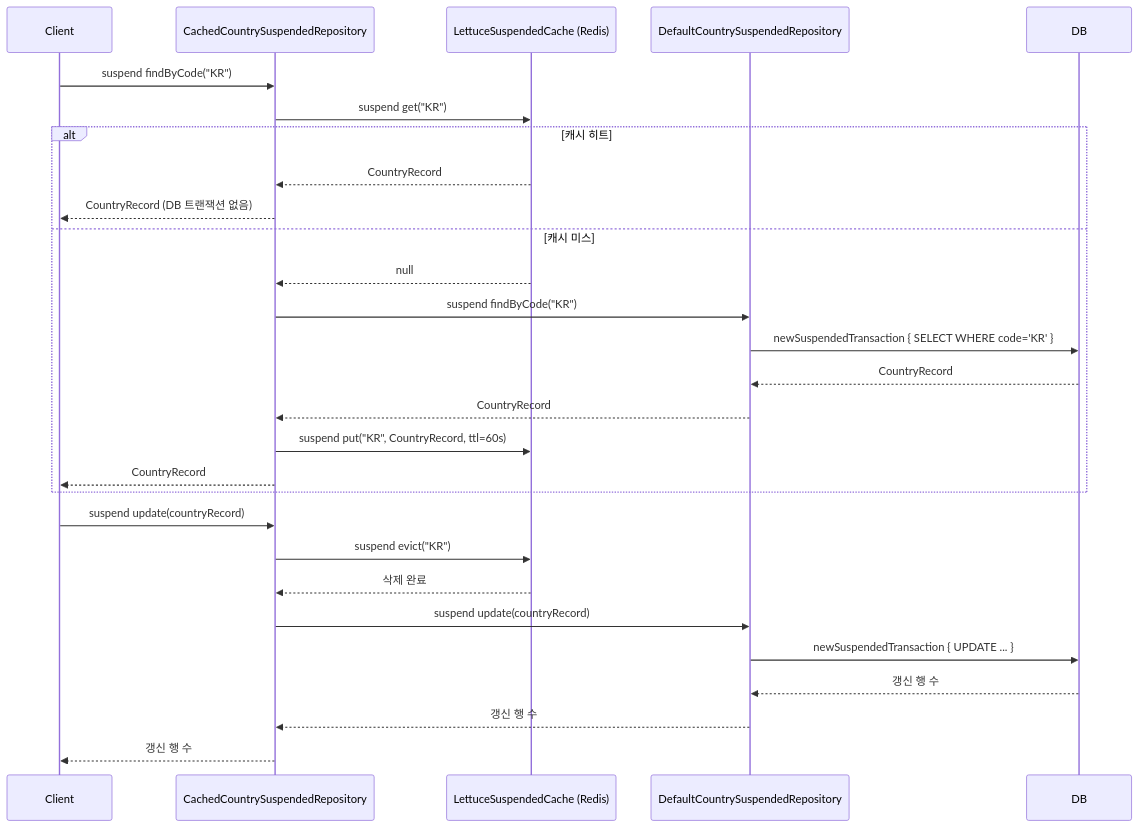
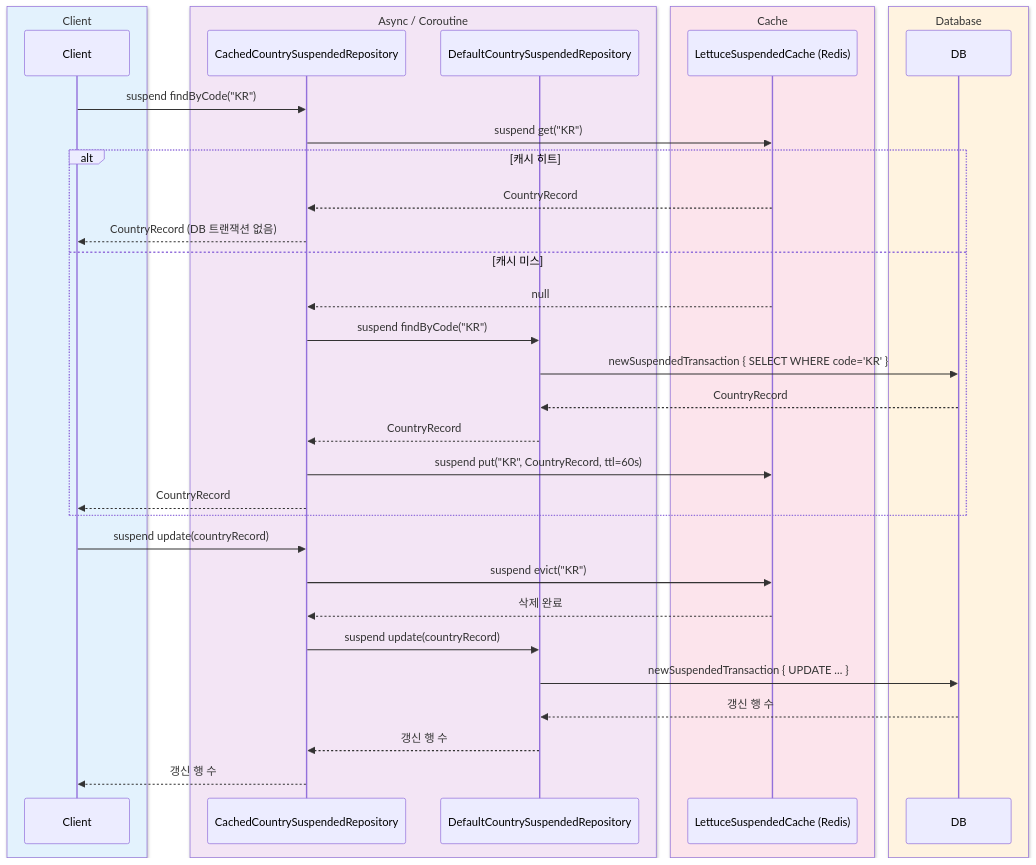
One commit to bluetape4k/exposed-workshop changed the fourth of 4 diagrams in 09-spring/07-spring-suspended-cache/README.ko.md. Above: the diagram before and after it, drawn with Mermaid. The commit also changed 43 other files, not shown here.

First line of the commit message:
docs: sequence diagram에 box rgb() 파스텔 영역 적용

````diff
--- a/09-spring/07-spring-suspended-cache/README.ko.md
+++ b/09-spring/07-spring-suspended-cache/README.ko.md
@@ -241,33 +241,41 @@
 ```mermaid
-%%{init: {"theme": "neutral", "themeVariables": {"fontFamily": "'Comic Mono', 'goorm sans code', 'JetBrains Mono', 'goorm sans'", "actorBkg": "#E3F2FD", "actorBorder": "#90CAF9", "actorTextColor": "#1565C0", "actorLineColor": "#90CAF9", "activationBkgColor": "#E8F5E9", "activationBorderColor": "#A5D6A7", "labelBoxBkgColor": "#FFF3E0", "labelBoxBorderColor": "#FFCC80", "labelTextColor": "#E65100", "loopTextColor": "#6A1B9A", "noteBkgColor": "#F3E5F5", "noteBorderColor": "#CE93D8", "noteTextColor": "#6A1B9A", "signalColor": "#1565C0", "signalTextColor": "#1565C0"}}}%%
+%%{init: {"theme": "neutral", "themeVariables": {"fontFamily": "'Comic Mono', 'goorm sans code', 'JetBrains Mono', 'goorm sans'"}}}%%
 sequenceDiagram
-    participant Client
-    participant Cached as CachedCountrySuspendedRepository
-    participant Cache as LettuceSuspendedCache (Redis)
-    participant Default as DefaultCountrySuspendedRepository
-    participant DB
+    box rgb(227, 242, 253) Client
+        participant Client
+    end
+    box rgb(243, 229, 245) Async / Coroutine
+        participant Cached as CachedCountrySuspendedRepository
+        participant Default as DefaultCountrySuspendedRepository
+    end
+    box rgb(252, 228, 236) Cache
+        participant Cache as LettuceSuspendedCache (Redis)
+    end
+    box rgb(255, 243, 224) Database
+        participant DB
+    end
 
     Client->>Cached: suspend findByCode("KR")
     Cached->>Cache: suspend get("KR")
     alt 캐시 히트
         Cache-->>Cached: CountryRecord
         Cached-->>Client: CountryRecord (DB 트랜잭션 없음)
     else 캐시 미스
         Cache-->>Cached: null
         Cached->>Default: suspend findByCode("KR")
         Default->>DB: newSuspendedTransaction { SELECT WHERE code='KR' }
         DB-->>Default: CountryRecord
         Default-->>Cached: CountryRecord
         Cached->>Cache: suspend put("KR", CountryRecord, ttl=60s)
         Cached-->>Client: CountryRecord
     end
 
     Client->>Cached: suspend update(countryRecord)
     Cached->>Cache: suspend evict("KR")
     Cache-->>Cached: 삭제 완료
     Cached->>Default: suspend update(countryRecord)
     Default->>DB: newSuspendedTransaction { UPDATE ... }
     DB-->>Default: 갱신 행 수
     Default-->>Cached: 갱신 행 수
     Cached-->>Client: 갱신 행 수
 ```
````
